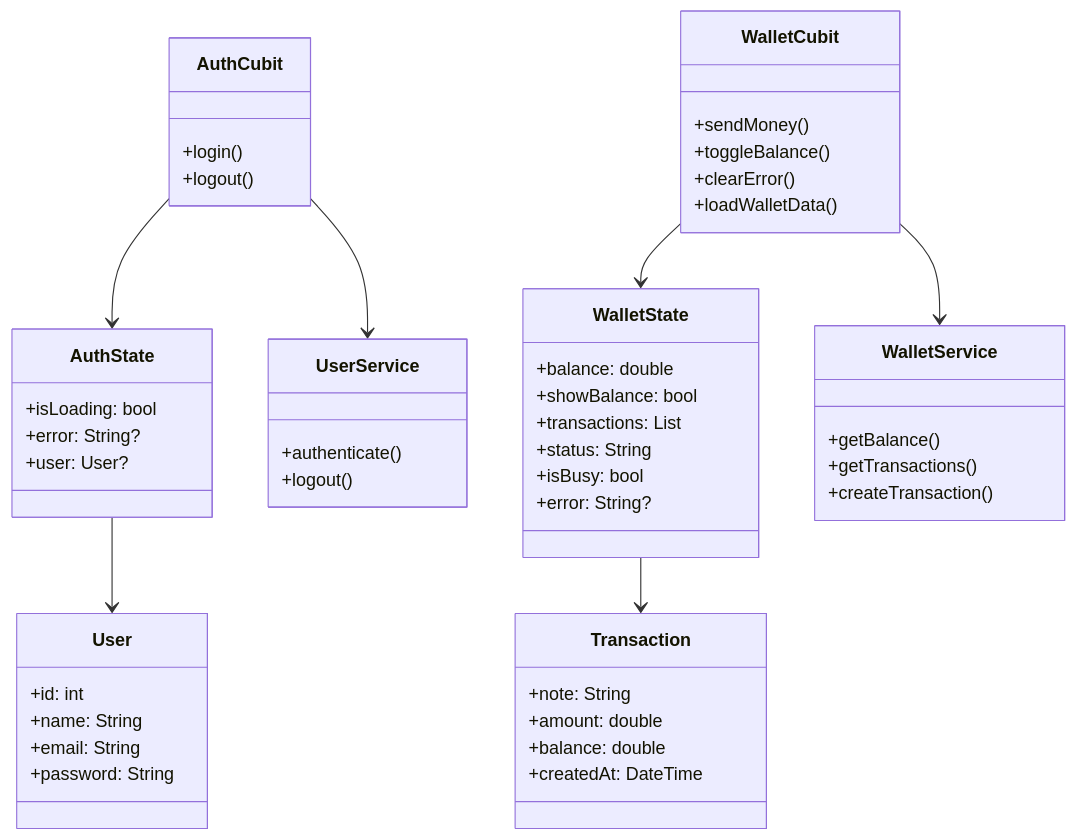
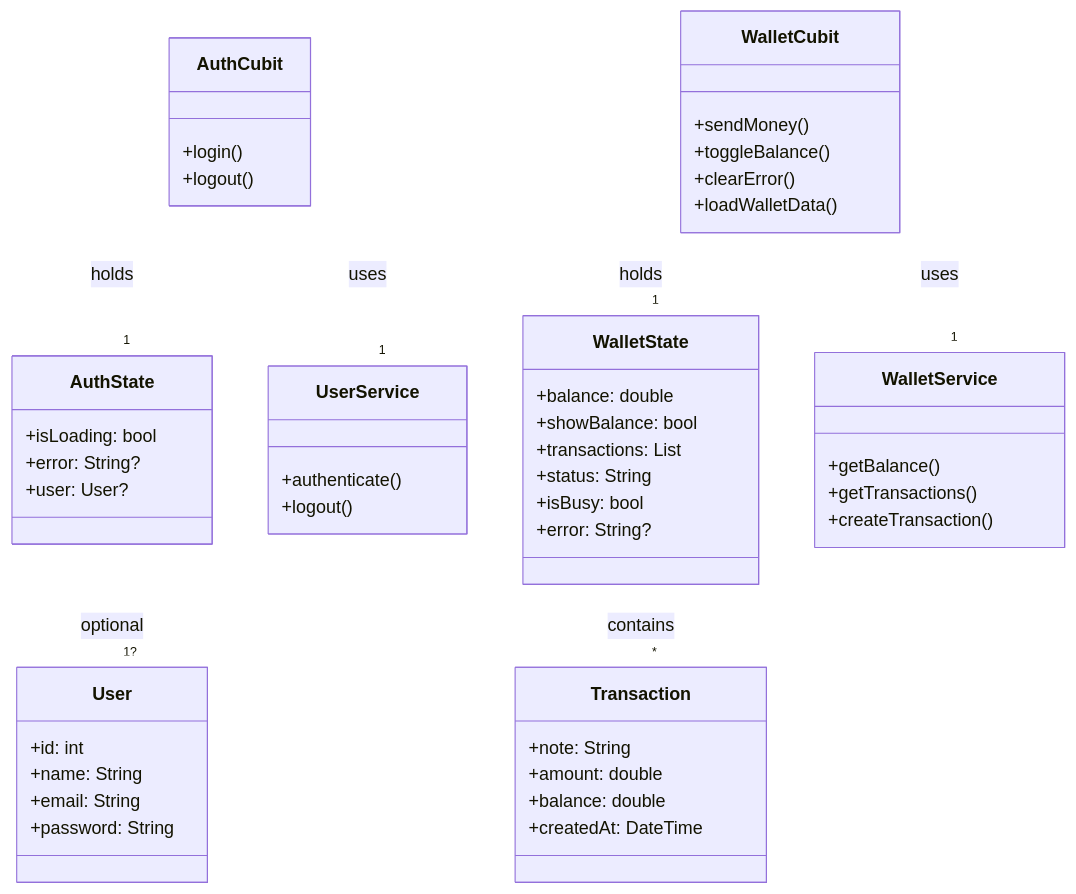
One commit to repolyo/sendmoney changed the diagram in docs/class_diagram.md. Above: the diagram before and after it, drawn with Mermaid.

Commit message:
docs(class diagram): show links as white color

````diff
--- a/docs/class_diagram.md
+++ b/docs/class_diagram.md
@@ -3,69 +3,76 @@
 ```mermaid
-%%{init: {'theme': 'default', 'themeVariables': {'primaryColor': '#4CAF50', 'edgeLabelBackground':'#ffffff', 'tertiaryColor': '#f9f9f9'}}}%%
-
+%%{init: {
+  'theme': 'default',
+  'themeVariables': {
+    'primaryColor': '#4CAF50',
+    'tertiaryColor': '#f9f9f9',
+    'lineColor': '#ffffff',
+    'edgeLabelBackground': '#ffffff'
+  }
+}}%%
 classDiagram
 
 %% ==== Blocs / Cubits ====
 class AuthCubit {
-+login()
-+logout()
+  +login()
+  +logout()
 }
 
 class WalletCubit {
-+sendMoney()
-+toggleBalance()
-+clearError()
-+loadWalletData()
+  +sendMoney()
+  +toggleBalance()
+  +clearError()
+  +loadWalletData()
 }
 
 %% ==== State Classes ====
 class AuthState {
-+isLoading: bool
-+error: String?
-+user: User?
+  +isLoading: bool
+  +error: String?
+  +user: User?
 }
 
 class WalletState {
-+balance: double
-+showBalance: bool
-+transactions: List<Transaction>
-+status: String
-+isBusy: bool
-+error: String?
+  +balance: double
+  +showBalance: bool
+  +transactions: List<Transaction>
+  +status: String
+  +isBusy: bool
+  +error: String?
 }
 
 %% ==== Models ====
 class User {
-+id: int
-+name: String
-+email: String
-+password: String
+  +id: int
+  +name: String
+  +email: String
+  +password: String
 }
 
 class Transaction {
-+note: String
-+amount: double
-+balance: double
-+createdAt: DateTime
+  +note: String
+  +amount: double
+  +balance: double
+  +createdAt: DateTime
 }
 
 %% ==== Services ====
 class UserService {
-+authenticate()
-+logout()
+  +authenticate()
+  +logout()
 }
 
 class WalletService {
-+getBalance()
-+getTransactions()
-+createTransaction()
+  +getBalance()
+  +getTransactions()
+  +createTransaction()
 }
 
-%% ==== Relationships ====
-AuthCubit --> AuthState
-AuthCubit --> UserService
-WalletCubit --> WalletState
-WalletCubit --> WalletService
-WalletState --> Transaction
-AuthState --> User
+%% ==== Relationships with explicit labels ====
+AuthCubit --> "1" AuthState : holds
+AuthCubit --> "1" UserService : uses
+WalletCubit --> "1" WalletState : holds
+WalletCubit --> "1" WalletService : uses
+WalletState --> "*" Transaction : contains
+AuthState --> "1?" User : optional
 ```
````
